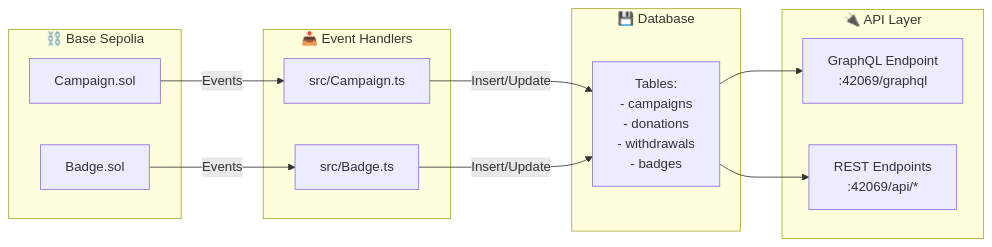
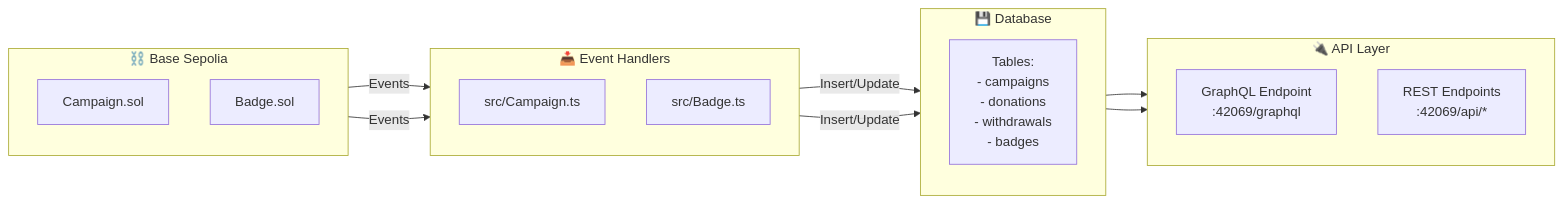
One commit to CrowdFUNding-Base/SC changed the first of 3 diagrams in pitching/How to Run/4. Indexer Guide.md. Above: the diagram before and after it, drawn with Mermaid. The commit also changed 1 other file, not shown here.

````diff
--- a/pitching/How to Run/4. Indexer Guide.md
+++ b/pitching/How to Run/4. Indexer Guide.md
@@ -19,28 +19,32 @@
 ```mermaid
 flowchart LR
     subgraph Blockchain["⛓️ Base Sepolia"]
+        direction TB
         Campaign["Campaign.sol"]
         Badge["Badge.sol"]
     end
 
     subgraph EventHandlers["📥 Event Handlers"]
+        direction TB
         CampaignHandler["src/Campaign.ts"]
         BadgeHandler["src/Badge.ts"]
     end
 
     subgraph Database["💾 Database"]
+        direction TB
         Tables["Tables:\n- campaigns\n- donations\n- withdrawals\n- badges"]
     end
 
     subgraph APIs["🔌 API Layer"]
+        direction TB
         GraphQL["GraphQL Endpoint\n:42069/graphql"]
         REST["REST Endpoints\n:42069/api/*"]
     end
 
     Campaign --> |"Events"| CampaignHandler
     Badge --> |"Events"| BadgeHandler
     CampaignHandler --> |"Insert/Update"| Tables
     BadgeHandler --> |"Insert/Update"| Tables
     Tables --> GraphQL
     Tables --> REST
 ```
````
